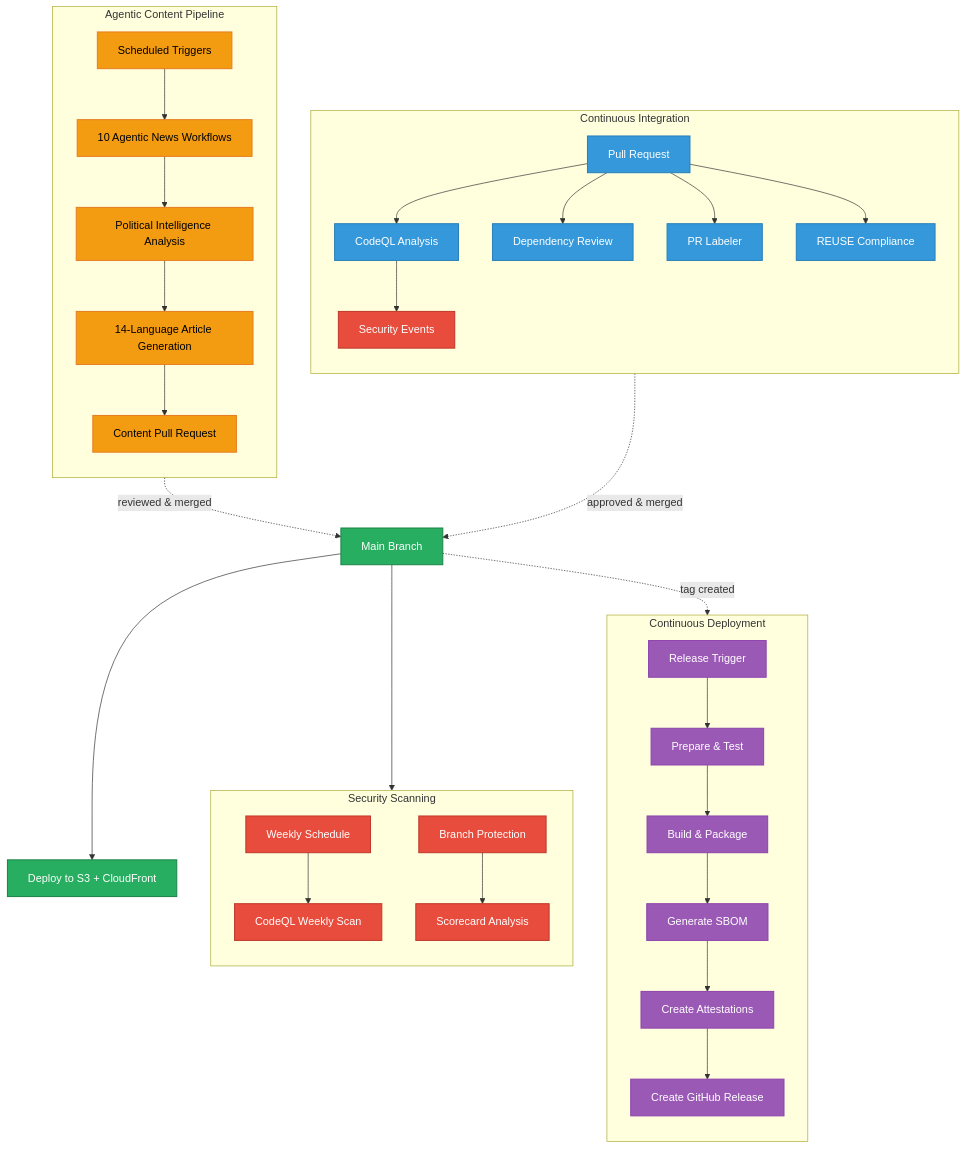
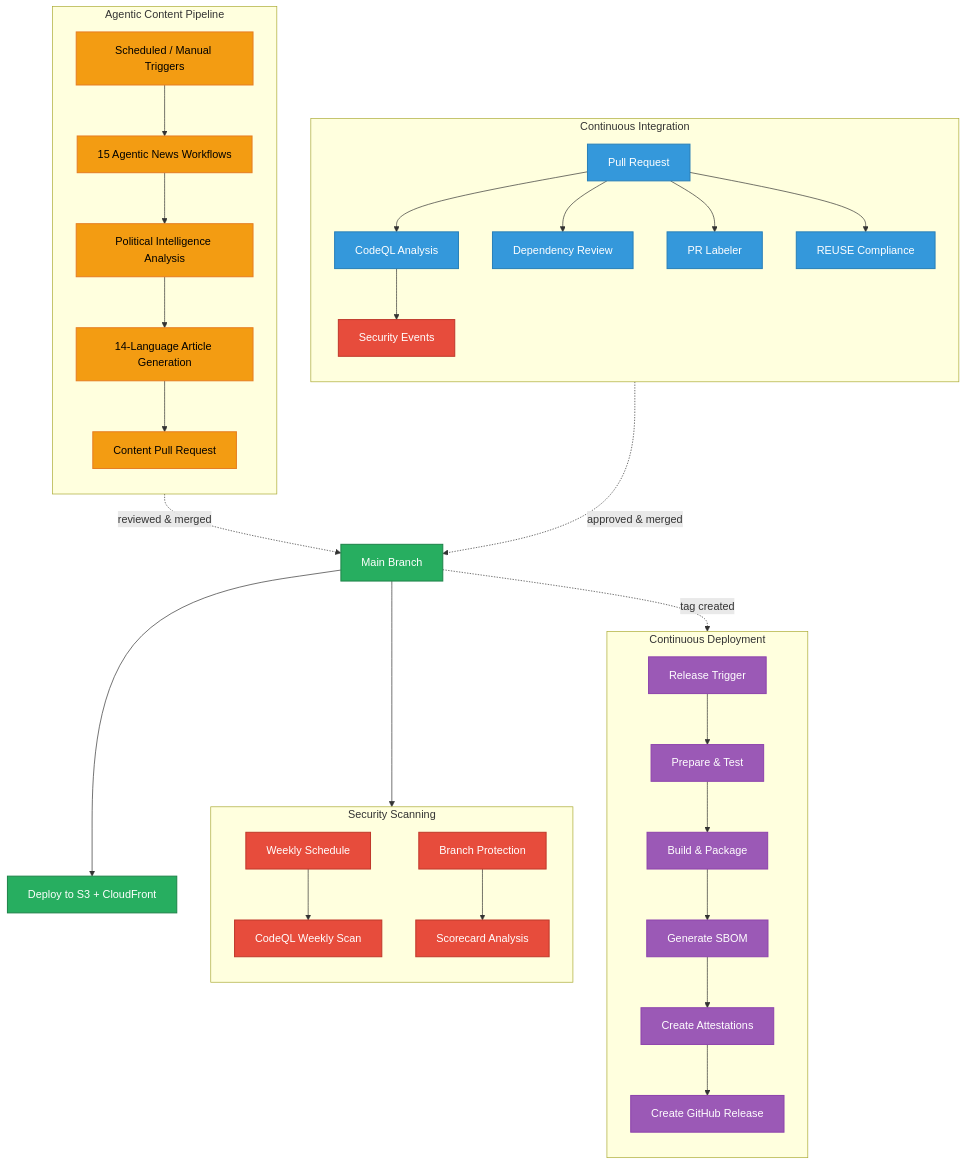
Before and after one commit to Hack23/euparliamentmonitor: the second of 22 diagrams in WORKFLOWS.md, drawn with Mermaid. The commit also changed other lines of this file and 3 other files, not shown here.

First line of the commit message:
docs: align article workflow architecture

````diff
--- a/WORKFLOWS.md
+++ b/WORKFLOWS.md
@@ -167,52 +167,52 @@
 ```mermaid
 flowchart TB
     subgraph "Continuous Integration"
         direction TB
         PR[Pull Request] --> CodeQLScan[CodeQL Analysis]
         PR --> DependencyReview[Dependency Review]
         PR --> Labeler[PR Labeler]
         PR --> REUSECheck[REUSE Compliance]
         CodeQLScan --> SecurityEvents[Security Events]
     end
 
     subgraph "Agentic Content Pipeline"
         direction TB
-        Schedule1[Scheduled Triggers] --> AgenticNews[10 Agentic News Workflows]
+        Schedule1[Scheduled / Manual Triggers] --> AgenticNews[15 Agentic News Workflows]
         AgenticNews --> Analysis[Political Intelligence Analysis]
         Analysis --> Articles[14-Language Article Generation]
         Articles --> ContentPR[Content Pull Request]
     end
 
     subgraph "Continuous Deployment"
         direction TB
         Release[Release Trigger] --> BuildTest[Prepare & Test]
         BuildTest --> BuildPackage[Build & Package]
         BuildPackage --> GenerateSBOM[Generate SBOM]
         GenerateSBOM --> Attestations[Create Attestations]
         Attestations --> CreateRelease[Create GitHub Release]
     end
 
     subgraph "Security Scanning"
         direction TB
         Weekly[Weekly Schedule] --> WeeklyScan[CodeQL Weekly Scan]
         BranchProtection[Branch Protection] --> Scorecard[Scorecard Analysis]
     end
 
     PR -.-> |"approved & merged"| main[Main Branch]
     ContentPR -.-> |"reviewed & merged"| main
     main --> Scorecard
     main --> DeployS3[Deploy to S3 + CloudFront]
     main -.-> |"tag created"| Release
 
     classDef trigger fill:#3498db,stroke:#2980b9,stroke-width:1.5px,color:white
     classDef process fill:#9b59b6,stroke:#8e44ad,stroke-width:1.5px,color:white
     classDef success fill:#27ae60,stroke:#1e8449,stroke-width:1.5px,color:white
     classDef decision fill:#f39c12,stroke:#e67e22,stroke-width:1.5px,color:black
     classDef security fill:#e74c3c,stroke:#c0392b,stroke-width:1.5px,color:white
 
     class PR,CodeQLScan,DependencyReview,Labeler,REUSECheck trigger
     class Release,BuildTest,BuildPackage,GenerateSBOM,Attestations,CreateRelease process
     class main,DeployS3 success
     class Schedule1,AgenticNews,Analysis,Articles,ContentPR decision
     class SecurityEvents,Weekly,WeeklyScan,BranchProtection,Scorecard security
 ```
````
